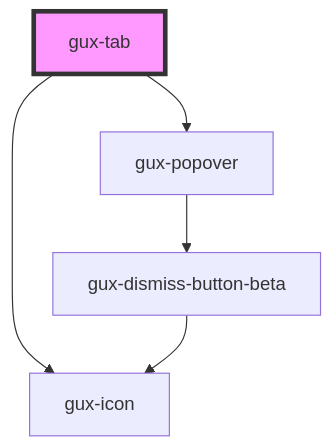
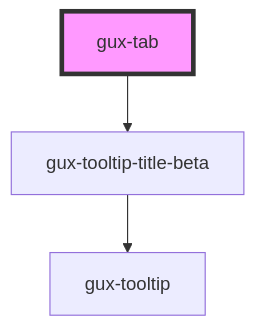
The diagram in src/components/stable/gux-tabs/gux-tab/readme.md (MyPureCloud/genesys-spark), drawn with Mermaid before and after one commit. The commit also changed other lines of this file and 135 other files, not shown here.

Commit message:
feat(gux-tabs): unify tab component APIs

````diff
--- a/src/components/stable/gux-tabs/gux-tab/readme.md
+++ b/src/components/stable/gux-tabs/gux-tab/readme.md
@@ -32,8 +64,6 @@
 ```mermaid
 graph TD;
-  gux-tab --> gux-icon
-  gux-tab --> gux-popover
-  gux-popover --> gux-dismiss-button-beta
-  gux-dismiss-button-beta --> gux-icon
+  gux-tab --> gux-tooltip-title-beta
+  gux-tooltip-title-beta --> gux-tooltip
   style gux-tab fill:#f9f,stroke:#333,stroke-width:4px
 ```
````
